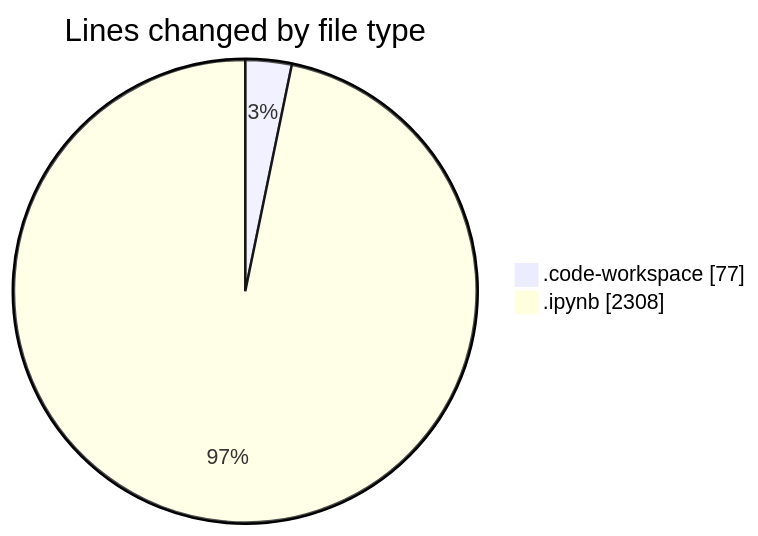
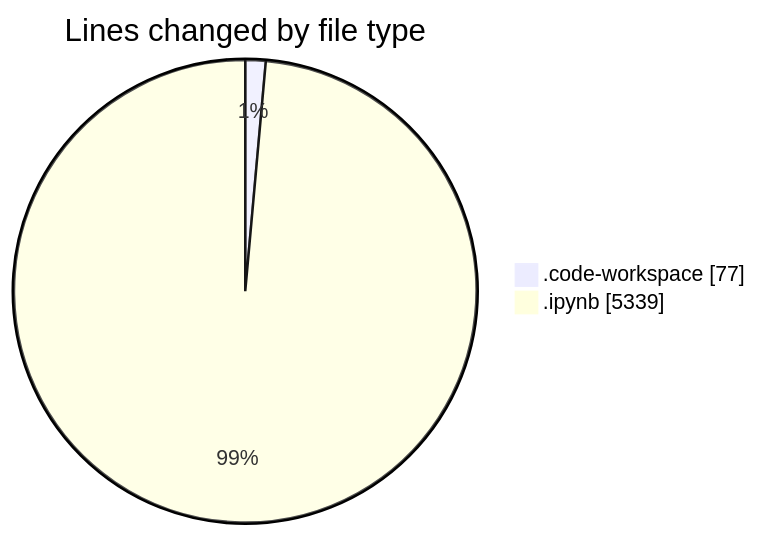
One commit to MatusMokan/code-tracking changed the first of 2 diagrams in 2025-03-14/myws__workspace_/README.md. Above: the diagram before and after it, drawn with Mermaid. The commit also changed other lines of this file and 1 other file, not shown here.

````diff
--- a/2025-03-14/myws__workspace_/README.md
+++ b/2025-03-14/myws__workspace_/README.md
@@ -21,6 +21,6 @@
 ```mermaid
 pie showData
 title Lines changed by file type
 ".code-workspace" : 77
-".ipynb" : 2308
+".ipynb" : 5339
 ```
````
